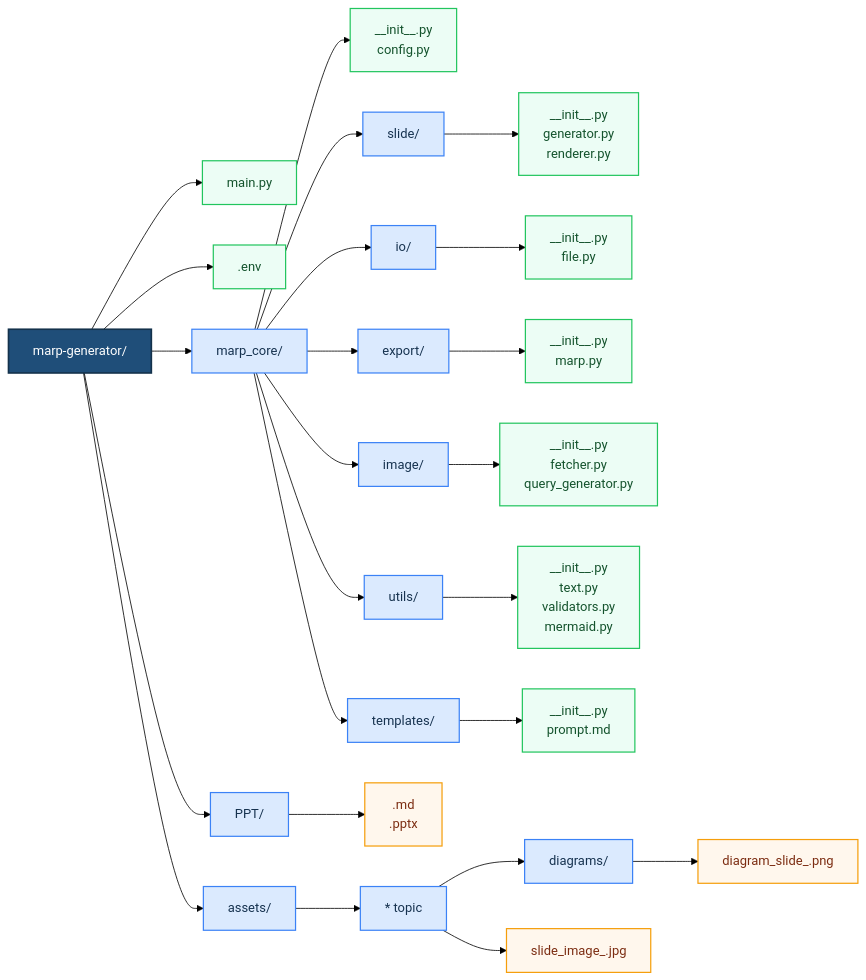
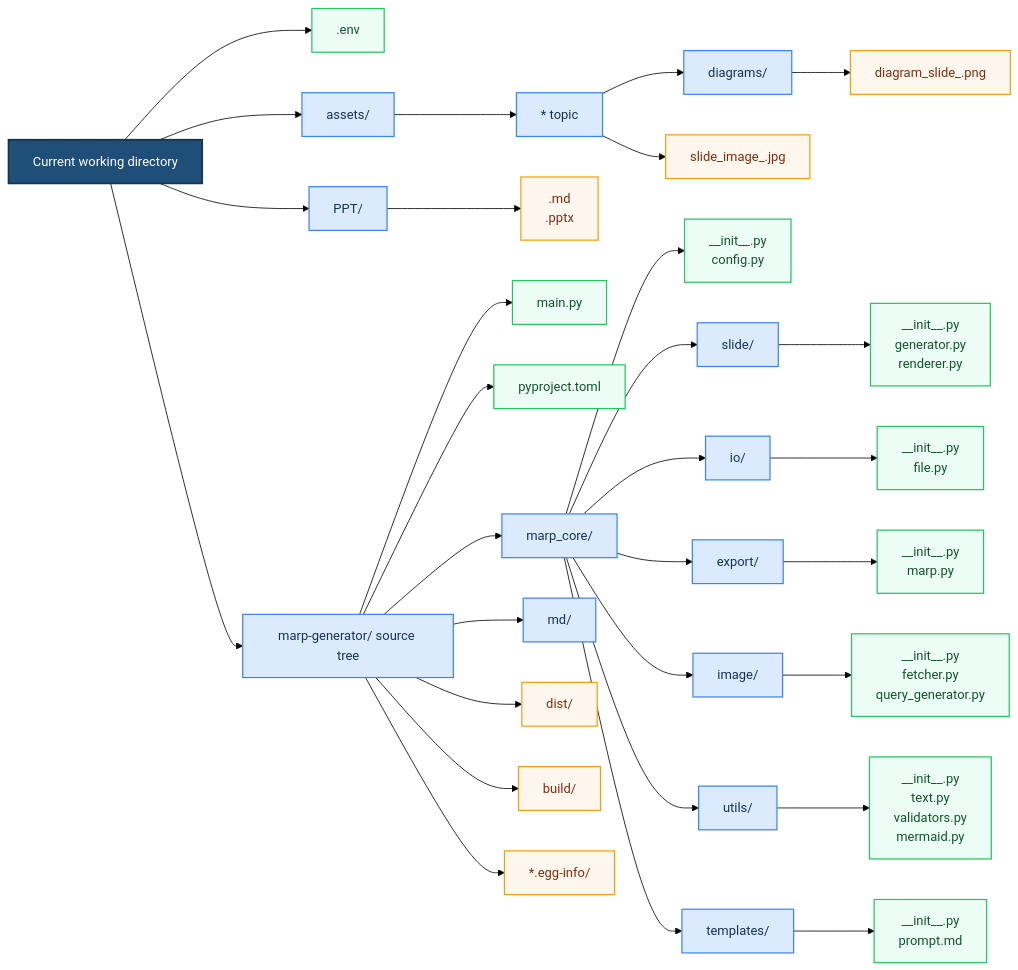
The diagram in md/project-structure.md (soumadip1/ai-marp-slidegen), drawn with Mermaid (forest theme) before and after one commit. The commit also changed other lines of this file and 9 other files, not shown here.

````diff
--- a/md/project-structure.md
+++ b/md/project-structure.md
@@ -5,45 +5,53 @@
 ```mermaid
 flowchart LR
-    ROOT["marp-generator/"] --> MAIN["main.py"] & ENV[".env"] & CORE["marp_core/"] & ASSETS["assets/"] & PPT["PPT/"]
+    WORKDIR["Current working directory"] --> ENV[".env"] & ASSETS["assets/"] & PPT["PPT/"]
+    WORKDIR --> ROOT["marp-generator/ source tree"]
+    ROOT --> MAIN["main.py"] & PYPROJECT["pyproject.toml"] & CORE["marp_core/"] & DOCS["md/"] & DIST["dist/"] & BUILD["build/"] & EGG["*.egg-info/"]
     CORE --> CORE_FILES["__init__.py<br>config.py"] & SLIDE["slide/"] & IO["io/"] & EXPORT["export/"] & IMAGE["image/"] & UTILS["utils/"] & TEMPLATES["templates/"]
     SLIDE --> SLIDE_FILES["__init__.py<br>generator.py<br>renderer.py"]
     IO --> IO_FILES["__init__.py<br>file.py"]
     EXPORT --> EXPORT_FILES["__init__.py<br>marp.py"]
     IMAGE --> IMAGE_FILES["__init__.py<br>fetcher.py<br>query_generator.py"]
     UTILS --> UTILS_FILES["__init__.py<br>text.py<br>validators.py<br>mermaid.py"]
     TEMPLATES --> TEMPLATE_FILES["__init__.py<br>prompt.md"]
     PPT --> PPT_FILES[".md<br>.pptx"]
     ASSETS --> DIAGRAMS["* topic"]
     DIAGRAMS --> n1["diagrams/"] & TOPIC_FILES["slide_image_.jpg"]
     n1 --> DIAGRAM_FILES["diagram_slide_.png"]
 
     n1@{ shape: rect}
-     ROOT:::root
+     WORKDIR:::root
+     ROOT:::folder
      MAIN:::file
+     PYPROJECT:::file
      ENV:::file
      CORE:::folder
+     DOCS:::folder
      ASSETS:::folder
      PPT:::folder
+     DIST:::generated
+     BUILD:::generated
+     EGG:::generated
      CORE_FILES:::file
      SLIDE:::folder
      IO:::folder
      EXPORT:::folder
      IMAGE:::folder
      UTILS:::folder
      TEMPLATES:::folder
      SLIDE_FILES:::file
      IO_FILES:::file
      EXPORT_FILES:::file
      IMAGE_FILES:::file
      UTILS_FILES:::file
      TEMPLATE_FILES:::file
      PPT_FILES:::generated
      DIAGRAMS:::folder
      n1:::folder
      TOPIC_FILES:::generated
      DIAGRAM_FILES:::generated
     classDef root fill:#1f4e79,stroke:#14324b,color:#ffffff,stroke-width:2px
     classDef folder fill:#dbeafe,stroke:#3b82f6,color:#16324f,stroke-width:1.5px
     classDef file fill:#ecfdf5,stroke:#22c55e,color:#14532d,stroke-width:1.5px
     classDef generated fill:#fff7ed,stroke:#f59e0b,color:#7c2d12,stroke-width:1.5px
 ```
````
